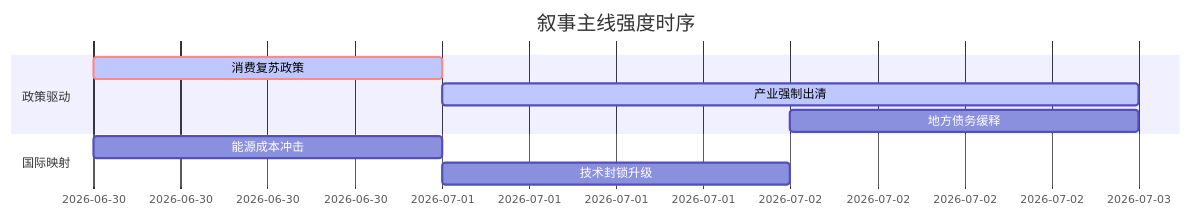
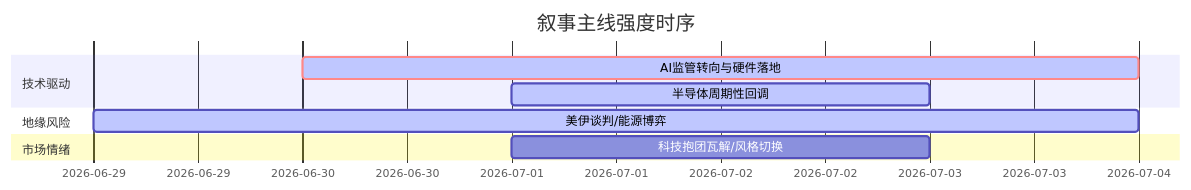
One commit to uu5zn/uu5zn.github.io changed the diagram in 5day_report.md. Above: the diagram before and after it, drawn with Mermaid. The commit also changed other lines of this file and 23 other files, not shown here.

````diff
--- a/5day_report.md
+++ b/5day_report.md
@@ -57,13 +54,14 @@
 ```mermaid
 gantt
     title 叙事主线强度时序
     dateFormat  YYYY-MM-DD
-    section 政策驱动
-    消费复苏政策   :crit, active, 2026-06-30, 1d
-    产业强制出清   :active, 2026-07-01, 2d
-    地方债务缓释   :2026-07-02, 1d
+    section 技术驱动
+    AI监管转向与硬件落地   :crit, active, 2026-06-30, 4d
+    半导体周期性回调       :active, 2026-07-01, 2d
     
-    section 国际映射
-    能源成本冲击   :2026-06-30, 1d
-    技术封锁升级   :2026-07-01, 1d
+    section 地缘风险
+    美伊谈判/能源博弈     :active, 2026-06-29, 5d
+    
+    section 市场情绪
+    科技抱团瓦解/风格切换   :2026-07-01, 2d
 ```
````
